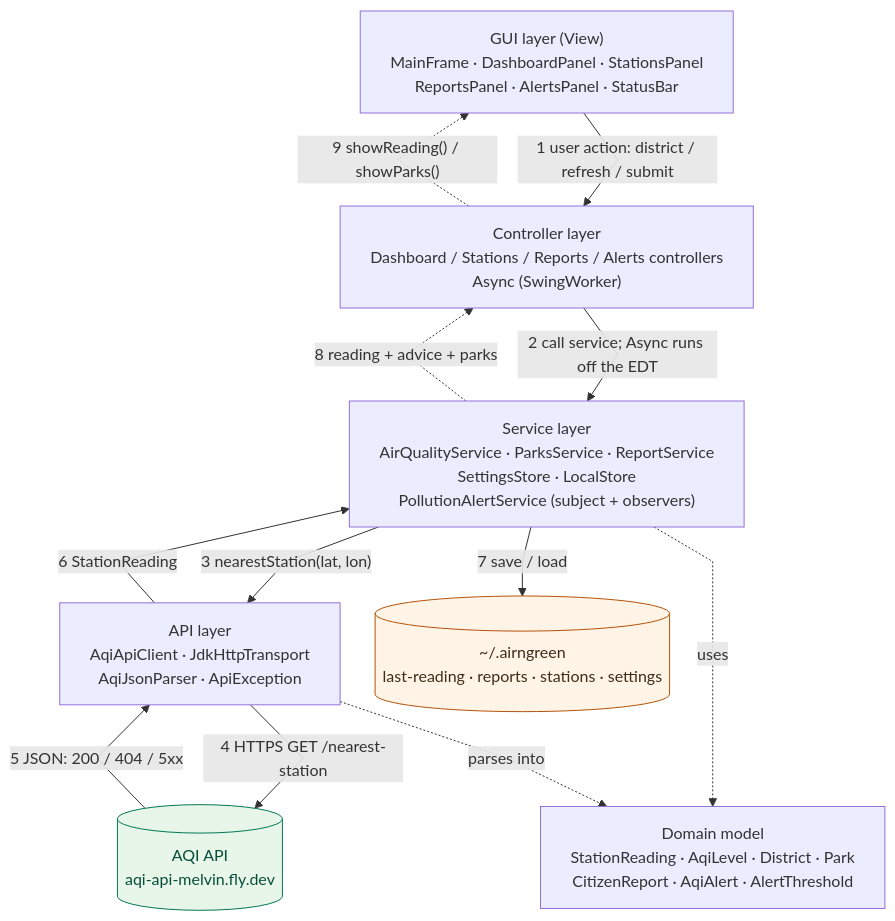
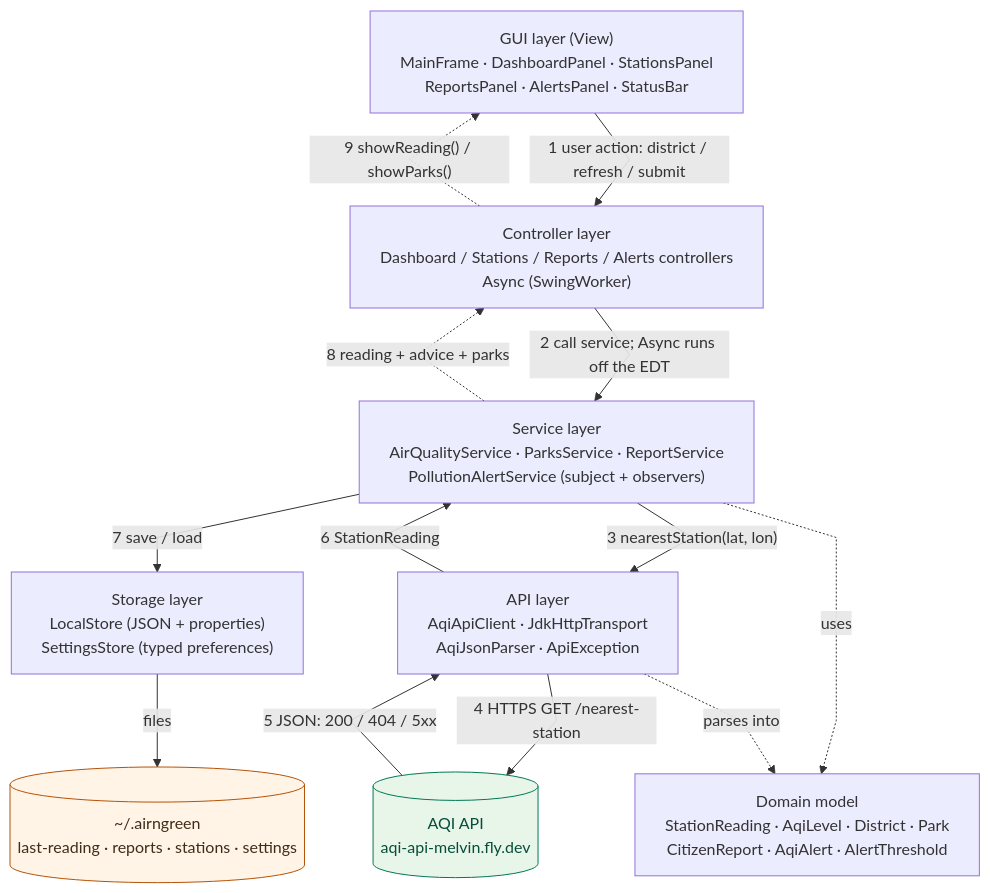
One commit to melvinchia3636/sc-assignment changed the diagram in docs/diagrams/architecture.mmd. Above: the diagram before and after it, drawn with Mermaid. The commit also changed 17 other files, not shown here.

Commit message:
refactor: move persistence into a storage layer

```diff
--- a/docs/diagrams/architecture.mmd
+++ b/docs/diagrams/architecture.mmd
@@ -1,35 +1,37 @@
 ---
 config:
   theme: default
   flowchart:
     curve: linear
     nodeSpacing: 35
     rankSpacing: 45
     wrappingWidth: 480
 ---
 flowchart TB
     UI["GUI layer (View)<br/>MainFrame · DashboardPanel · StationsPanel<br/>ReportsPanel · AlertsPanel · StatusBar"]
     C["Controller layer<br/>Dashboard / Stations / Reports / Alerts controllers<br/>Async (SwingWorker)"]
-    S["Service layer<br/>AirQualityService · ParksService · ReportService<br/>SettingsStore · LocalStore<br/>PollutionAlertService (subject + observers)"]
+    S["Service layer<br/>AirQualityService · ParksService · ReportService<br/>PollutionAlertService (subject + observers)"]
+    STORE["Storage layer<br/>LocalStore (JSON + properties)<br/>SettingsStore (typed preferences)"]
     API["API layer<br/>AqiApiClient · JdkHttpTransport<br/>AqiJsonParser · ApiException"]
     M["Domain model<br/>StationReading · AqiLevel · District · Park<br/>CitizenReport · AqiAlert · AlertThreshold"]
 
     EXT[("AQI API<br/>aqi-api-melvin.fly.dev")]
     DISK[("~/.airngreen<br/>last-reading · reports · stations · settings")]
 
     UI -- "1 user action: district / refresh / submit" --> C
     C -- "2 call service; Async runs off the EDT" --> S
     S -- "3 nearestStation(lat, lon)" --> API
     API -- "4 HTTPS GET /nearest-station" --> EXT
     EXT -- "5 JSON: 200 / 404 / 5xx" --> API
     API -- "6 StationReading" --> S
-    S -- "7 save / load" --> DISK
+    S -- "7 save / load" --> STORE
+    STORE -- "files" --> DISK
     S -. "8 reading + advice + parks" .-> C
     C -. "9 showReading() / showParks()" .-> UI
     S -. "uses" .-> M
     API -. "parses into" .-> M
 
     classDef store fill:#FFF4E5,stroke:#B45309,color:#3F2D1A
     classDef external fill:#E8F5E9,stroke:#047857,color:#064E3B
     class DISK store
     class EXT external
```
